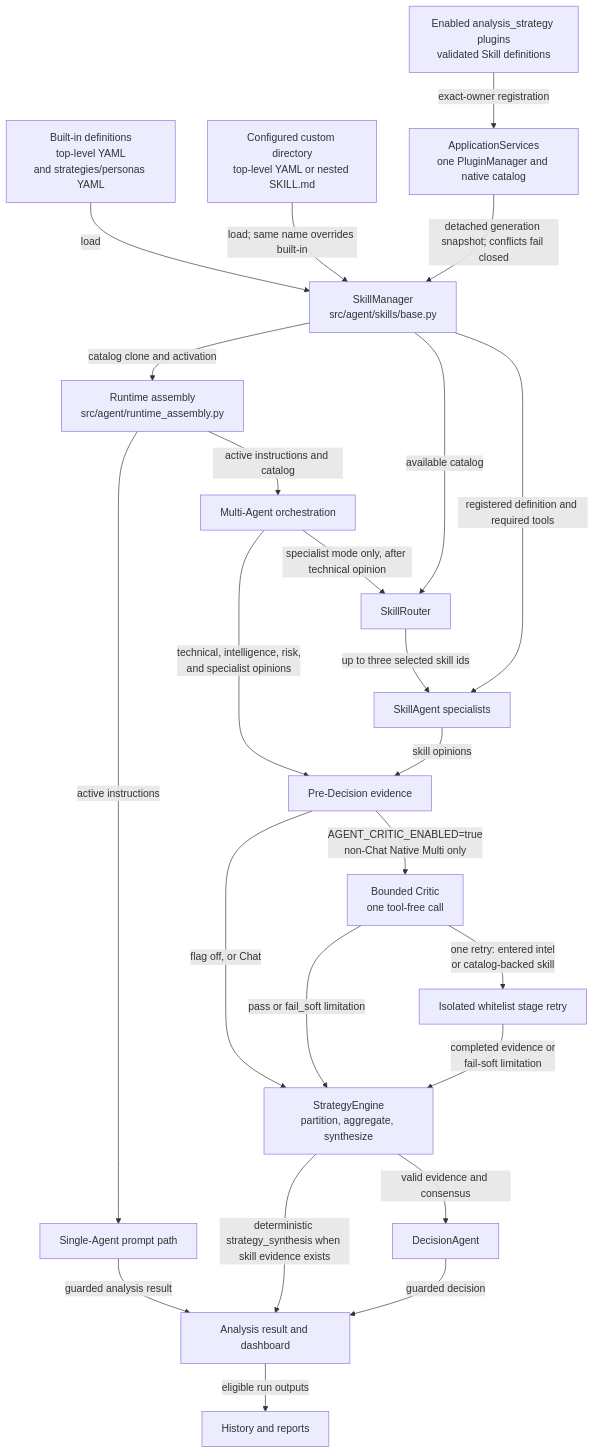
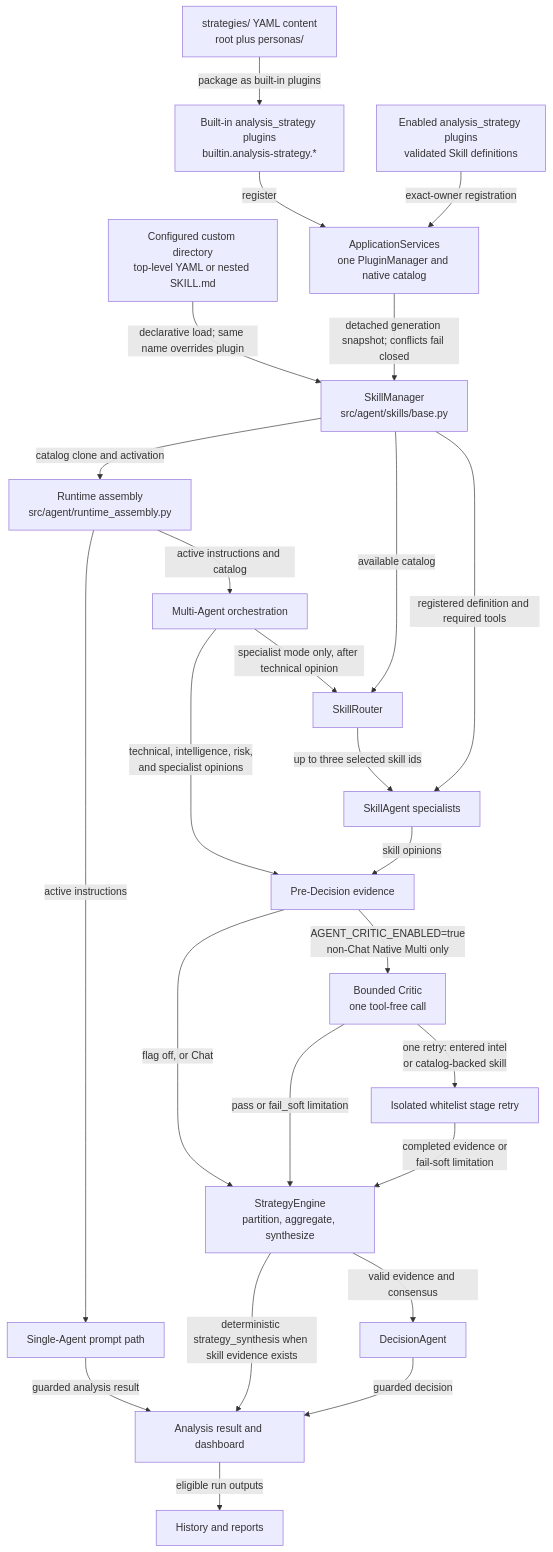
Before and after one commit to SiinXu/stock-pulse-ai: the third of 3 diagrams in docs/architecture-overview.md, drawn with Mermaid. The commit also changed other lines of this file and 12 other files, not shown here.

First line of the commit message:
refactor: convert built-in strategies into first-class plugins

````diff
--- a/docs/architecture-overview.md
+++ b/docs/architecture-overview.md
@@ -248,28 +248,29 @@
 ```mermaid
 flowchart TB
-  BUILTIN[Built-in definitions<br/>top-level YAML<br/>and strategies/personas YAML] -->|load| MANAGER[SkillManager<br/>src/agent/skills/base.py]
-  CUSTOM[Configured custom directory<br/>top-level YAML or nested SKILL.md] -->|load; same name overrides built-in| MANAGER
-  PLUGIN[Enabled analysis_strategy plugins<br/>validated Skill definitions] -->|exact-owner registration| ROOT[ApplicationServices<br/>one PluginManager and native catalog]
+  YAML[strategies/ YAML content<br/>root plus personas/] -->|package as built-in plugins| BUILTIN[Built-in analysis_strategy plugins<br/>builtin.analysis-strategy.*]
+  BUILTIN -->|register| ROOT[ApplicationServices<br/>one PluginManager and native catalog]
+  CUSTOM[Configured custom directory<br/>top-level YAML or nested SKILL.md] -->|declarative load; same name overrides plugin| MANAGER[SkillManager<br/>src/agent/skills/base.py]
+  PLUGIN[Enabled analysis_strategy plugins<br/>validated Skill definitions] -->|exact-owner registration| ROOT
   ROOT -->|detached generation snapshot; conflicts fail closed| MANAGER
   MANAGER -->|catalog clone and activation| ASSEMBLY[Runtime assembly<br/>src/agent/runtime_assembly.py]
 
   ASSEMBLY -->|active instructions| SINGLE[Single-Agent prompt path]
   SINGLE -->|guarded analysis result| RESULT[Analysis result and dashboard]
 
   ASSEMBLY -->|active instructions and catalog| MULTI[Multi-Agent orchestration]
   MULTI -->|technical, intelligence, risk,<br/>and specialist opinions| EVIDENCE[Pre-Decision evidence]
   MULTI -->|specialist mode only, after technical opinion| ROUTER[SkillRouter]
   MANAGER -->|available catalog| ROUTER
   ROUTER -->|up to three selected skill ids| AGENTS[SkillAgent specialists]
   MANAGER -->|registered definition and required tools| AGENTS
   AGENTS -->|skill opinions| EVIDENCE
   EVIDENCE -->|flag off, or Chat| ENGINE[StrategyEngine<br/>partition, aggregate, synthesize]
   EVIDENCE -->|AGENT_CRITIC_ENABLED=true<br/>non-Chat Native Multi only| CRITIC[Bounded Critic<br/>one tool-free call]
   CRITIC -->|pass or fail_soft limitation| ENGINE
   CRITIC -->|one retry: entered intel<br/>or catalog-backed skill| RETRY[Isolated whitelist stage retry]
   RETRY -->|completed evidence or<br/>fail-soft limitation| ENGINE
   ENGINE -->|valid evidence and consensus| DECISION[DecisionAgent]
   ENGINE -->|deterministic strategy_synthesis when skill evidence exists| RESULT
   DECISION -->|guarded decision| RESULT
   RESULT -->|eligible run outputs| CONSUMERS[History and reports]
 ```
````
